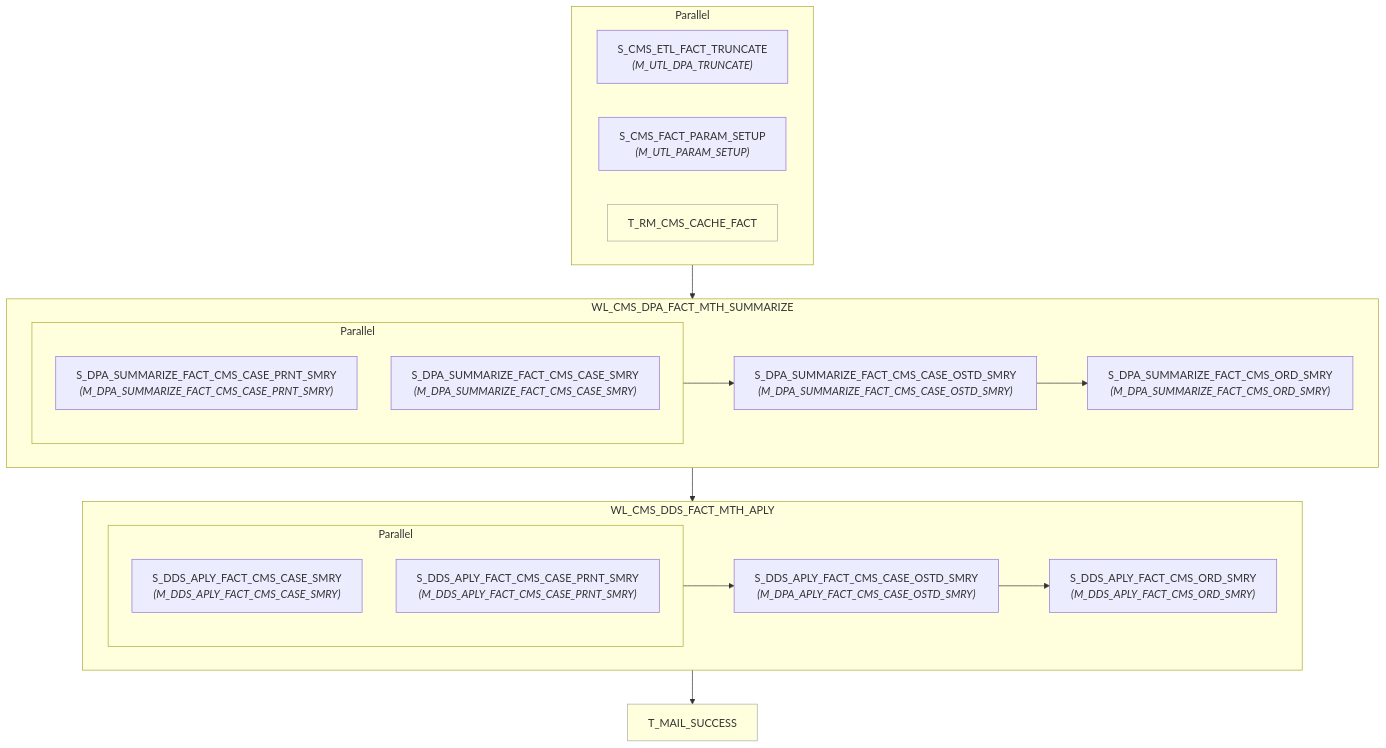
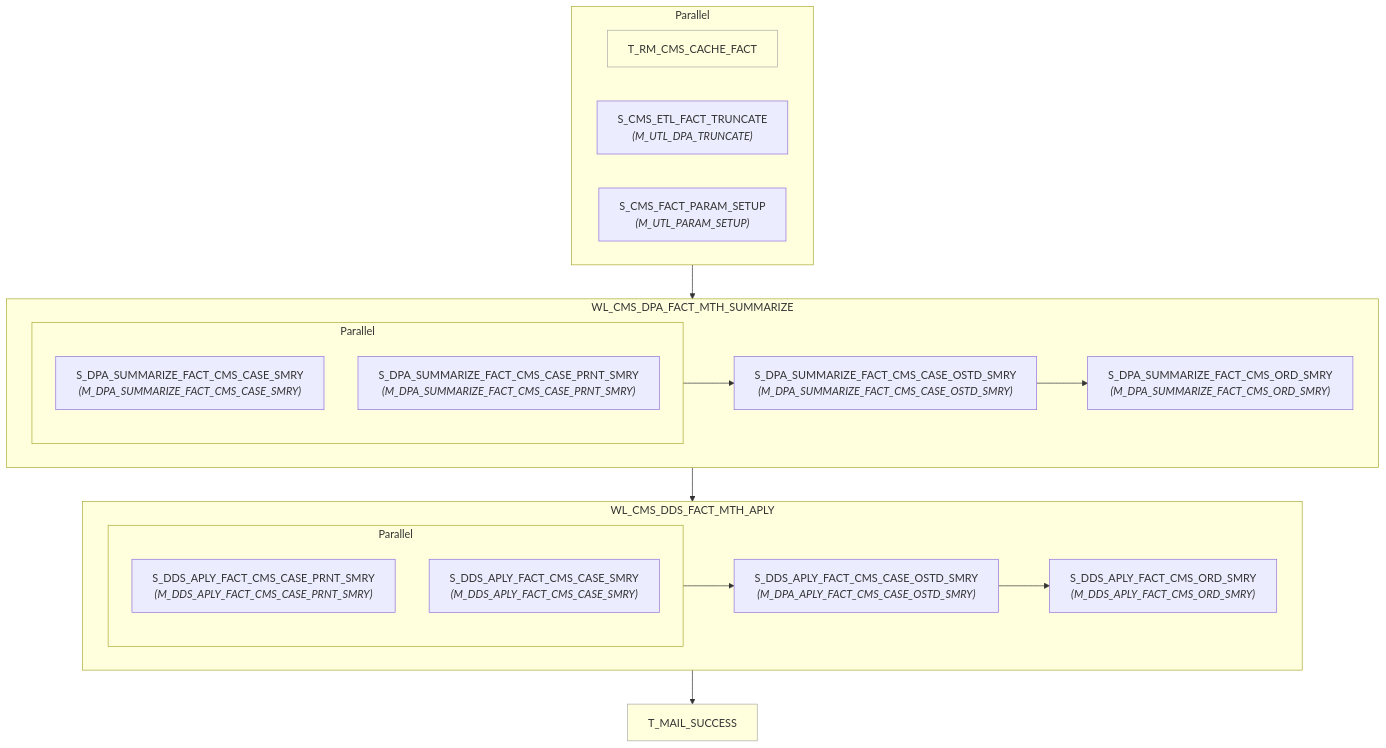
One commit to asl-adamxu/informatica-sparker-poc changed the diagram in informatica/PySpark_workflows/dds/WF_CMS_DDS_APLY_MTH/wf_cms_dds_aply_mth.md. Above: the diagram before and after it, drawn with Mermaid. The commit also changed 51 other files, not shown here.

````diff
--- a/informatica/PySpark_workflows/dds/WF_CMS_DDS_APLY_MTH/wf_cms_dds_aply_mth.md
+++ b/informatica/PySpark_workflows/dds/WF_CMS_DDS_APLY_MTH/wf_cms_dds_aply_mth.md
@@ -7,41 +7,41 @@
 ```mermaid
 flowchart TD
-    n1["S_CMS_ETL_FACT_TRUNCATE<br/><i>(M_UTL_DPA_TRUNCATE)</i>"]
-    n2["S_CMS_FACT_PARAM_SETUP<br/><i>(M_UTL_PARAM_SETUP)</i>"]
-    n3["T_RM_CMS_CACHE_FACT"]
-    style n3 fill:#ffd,stroke:#aaa,stroke-width:1px
+    n1["T_RM_CMS_CACHE_FACT"]
+    style n1 fill:#ffd,stroke:#aaa,stroke-width:1px
+    n2["S_CMS_ETL_FACT_TRUNCATE<br/><i>(M_UTL_DPA_TRUNCATE)</i>"]
+    n3["S_CMS_FACT_PARAM_SETUP<br/><i>(M_UTL_PARAM_SETUP)</i>"]
     subgraph pg4[Parallel]
         n1
         n2
         n3
     end
     subgraph wkl5["WL_CMS_DPA_FACT_MTH_SUMMARIZE"]
-    n6["S_DPA_SUMMARIZE_FACT_CMS_CASE_PRNT_SMRY<br/><i>(M_DPA_SUMMARIZE_FACT_CMS_CASE_PRNT_SMRY)</i>"]
-    n7["S_DPA_SUMMARIZE_FACT_CMS_CASE_SMRY<br/><i>(M_DPA_SUMMARIZE_FACT_CMS_CASE_SMRY)</i>"]
+    n6["S_DPA_SUMMARIZE_FACT_CMS_CASE_SMRY<br/><i>(M_DPA_SUMMARIZE_FACT_CMS_CASE_SMRY)</i>"]
+    n7["S_DPA_SUMMARIZE_FACT_CMS_CASE_PRNT_SMRY<br/><i>(M_DPA_SUMMARIZE_FACT_CMS_CASE_PRNT_SMRY)</i>"]
     subgraph pg8[Parallel]
         n6
         n7
     end
     n9["S_DPA_SUMMARIZE_FACT_CMS_CASE_OSTD_SMRY<br/><i>(M_DPA_SUMMARIZE_FACT_CMS_CASE_OSTD_SMRY)</i>"]
     n10["S_DPA_SUMMARIZE_FACT_CMS_ORD_SMRY<br/><i>(M_DPA_SUMMARIZE_FACT_CMS_ORD_SMRY)</i>"]
         pg8 --> n9
         n9 --> n10
     end
     subgraph wkl11["WL_CMS_DDS_FACT_MTH_APLY"]
-    n12["S_DDS_APLY_FACT_CMS_CASE_SMRY<br/><i>(M_DDS_APLY_FACT_CMS_CASE_SMRY)</i>"]
-    n13["S_DDS_APLY_FACT_CMS_CASE_PRNT_SMRY<br/><i>(M_DDS_APLY_FACT_CMS_CASE_PRNT_SMRY)</i>"]
+    n12["S_DDS_APLY_FACT_CMS_CASE_PRNT_SMRY<br/><i>(M_DDS_APLY_FACT_CMS_CASE_PRNT_SMRY)</i>"]
+    n13["S_DDS_APLY_FACT_CMS_CASE_SMRY<br/><i>(M_DDS_APLY_FACT_CMS_CASE_SMRY)</i>"]
     subgraph pg14[Parallel]
         n12
         n13
     end
     n15["S_DDS_APLY_FACT_CMS_CASE_OSTD_SMRY<br/><i>(M_DPA_APLY_FACT_CMS_CASE_OSTD_SMRY)</i>"]
     n16["S_DDS_APLY_FACT_CMS_ORD_SMRY<br/><i>(M_DDS_APLY_FACT_CMS_ORD_SMRY)</i>"]
         pg14 --> n15
         n15 --> n16
     end
     n17["T_MAIL_SUCCESS"]
     style n17 fill:#ffd,stroke:#aaa,stroke-width:1px
     pg4 --> wkl5
     wkl5 --> wkl11
     wkl11 --> n17
 ```
````
